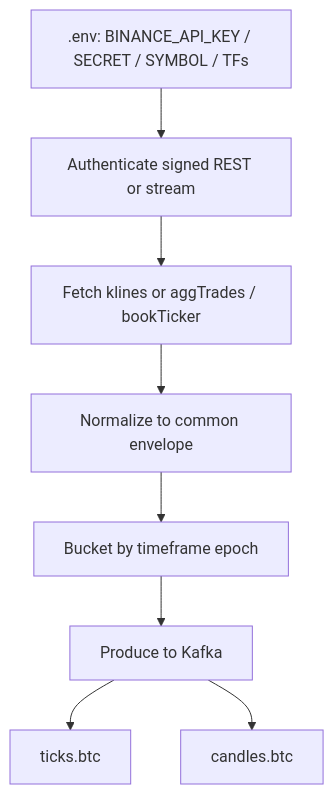
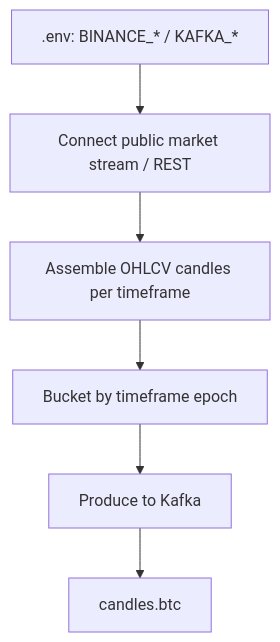
Before and after one commit to shehan-jayasinghe/ai_trading_bots: the first of 2 diagrams in docs/architecture/binance/producer/binance-time-series-kafka.md, drawn with Mermaid. The commit also changed other lines of this file and 18 other files, not shown here.

Commit message:
add Binance and Deriv Kafka producers: implement workers, Kafka publisher, FastAPI backend, and example environment configuration

````diff
--- a/docs/architecture/binance/producer/binance-time-series-kafka.md
+++ b/docs/architecture/binance/producer/binance-time-series-kafka.md
@@ -15,13 +15,11 @@
 ```mermaid
 flowchart TD
-  E[.env: BINANCE_API_KEY / SECRET / SYMBOL / TFs]
-  A[Authenticate signed REST or stream]
-  F[Fetch klines or aggTrades / bookTicker]
-  N[Normalize to common envelope]
+  E[.env: BINANCE_* / KAFKA_*]
+  A[Connect public market stream / REST]
+  F[Assemble OHLCV candles per timeframe]
   B[Bucket by timeframe epoch]
   K[Produce to Kafka]
 
-  E --> A --> F --> N --> B --> K
-  K --> T[ticks.btc]
+  E --> A --> F --> B --> K
   K --> C[candles.btc]
 ```
````
